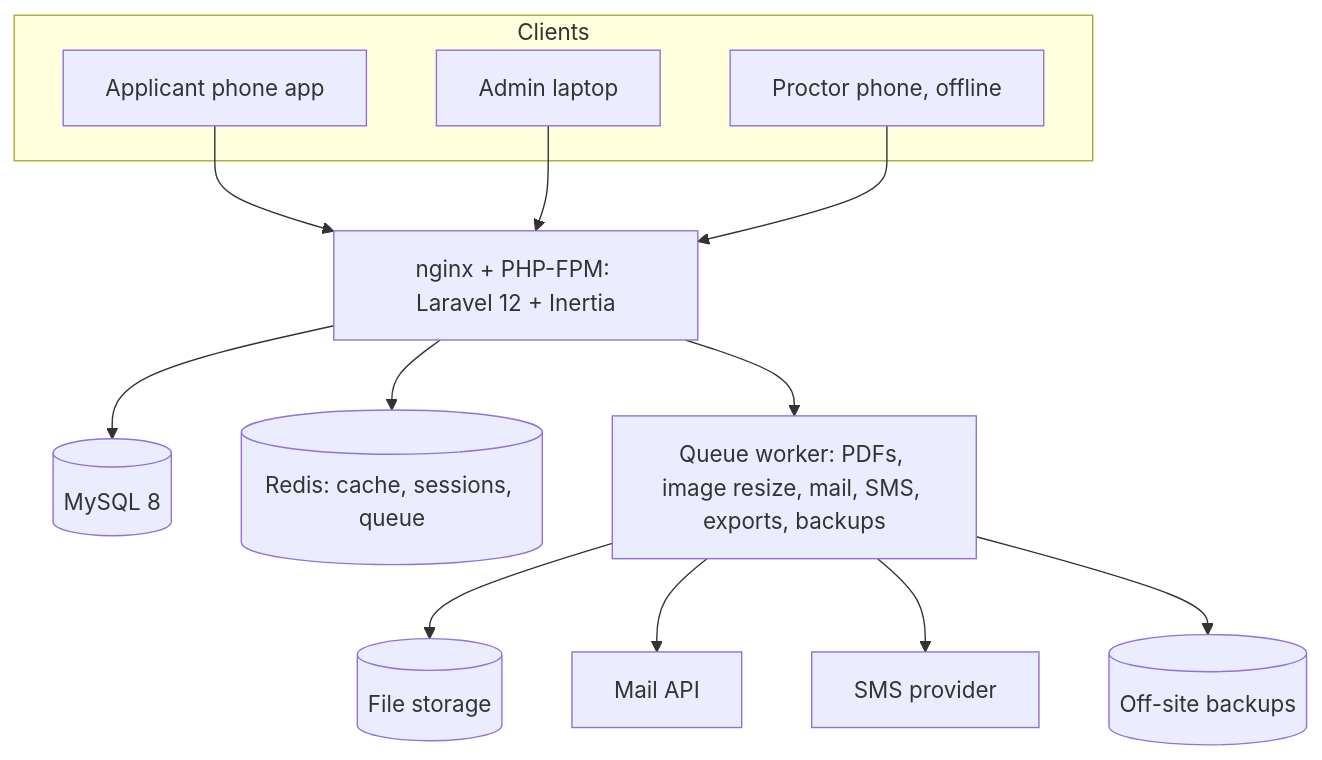
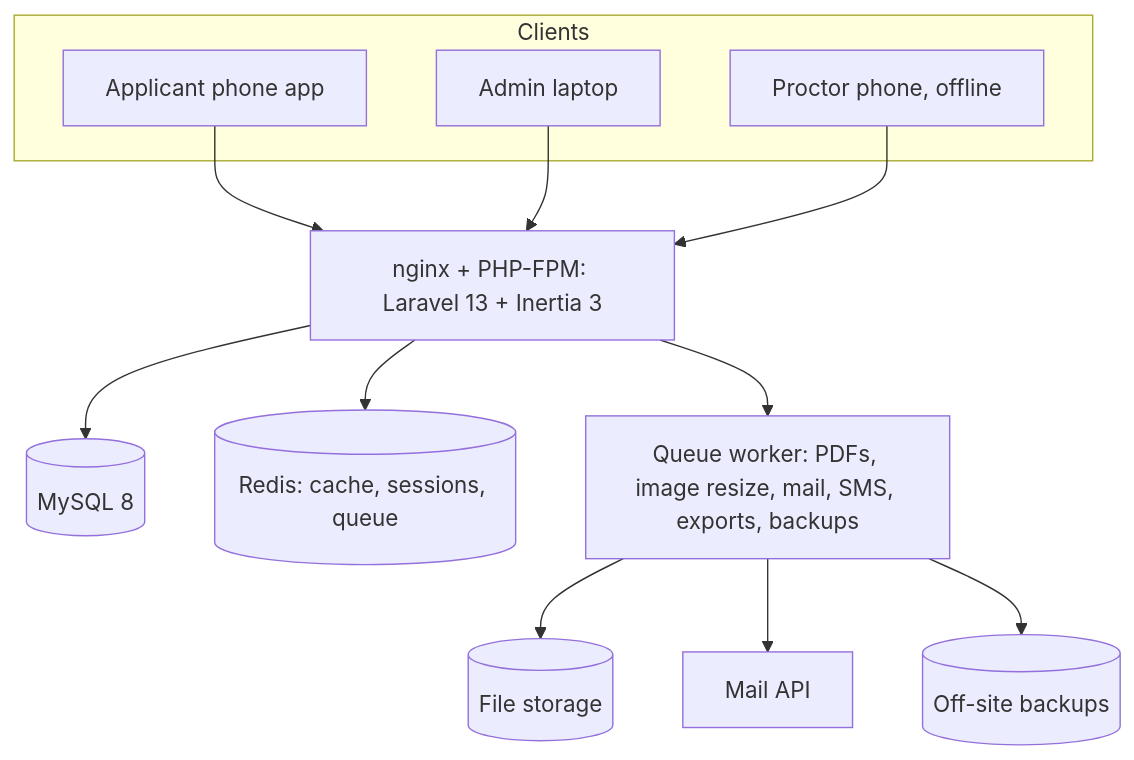
The fourth of 4 diagrams in docs/PRD.md (orbitsdev/sksu-tpt-v4), drawn with Mermaid before and after one commit. The commit also changed other lines of this file and 91 other files, not shown here.

Commit message:
Final gap check fixes: page states under the header, clear publish buttons, one exam slot per campus per day, pay-by deadline, In review wording, Prepare PDFs in the flows, 2026-layout Excel template, docs aligned

````diff
--- a/docs/PRD.md
+++ b/docs/PRD.md
@@ -267,16 +229,15 @@
 ```mermaid
 flowchart TB
     subgraph Clients
       P[Applicant phone app]
       A[Admin laptop]
       R[Proctor phone, offline]
     end
-    P & A & R --> N[nginx + PHP-FPM: Laravel 12 + Inertia]
+    P & A & R --> N[nginx + PHP-FPM: Laravel 13 + Inertia 3]
     N --> DB[(MySQL 8)]
     N --> RD[(Redis: cache, sessions, queue)]
     N --> Q[Queue worker: PDFs, image resize, mail, SMS, exports, backups]
     Q --> FS[(File storage)]
     Q --> MAIL[Mail API]
-    Q --> SMS[SMS provider]
     Q --> BK[(Off-site backups)]
 ```
````
